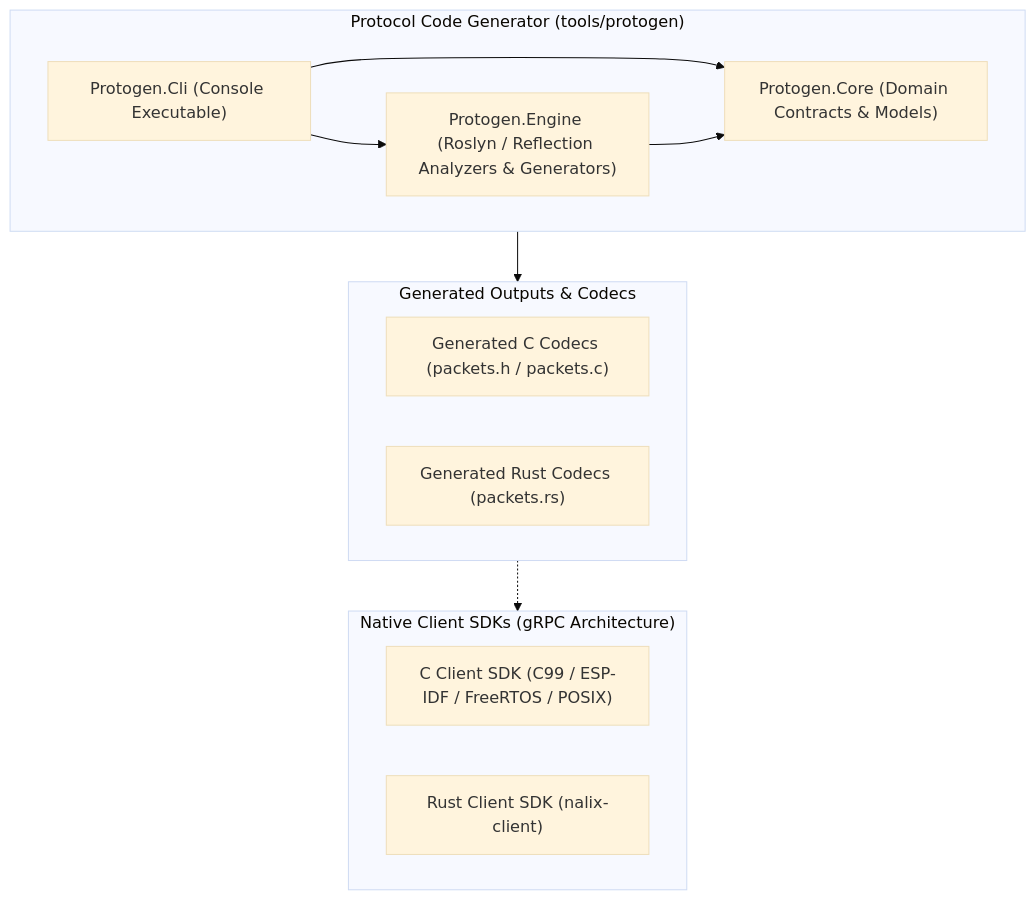
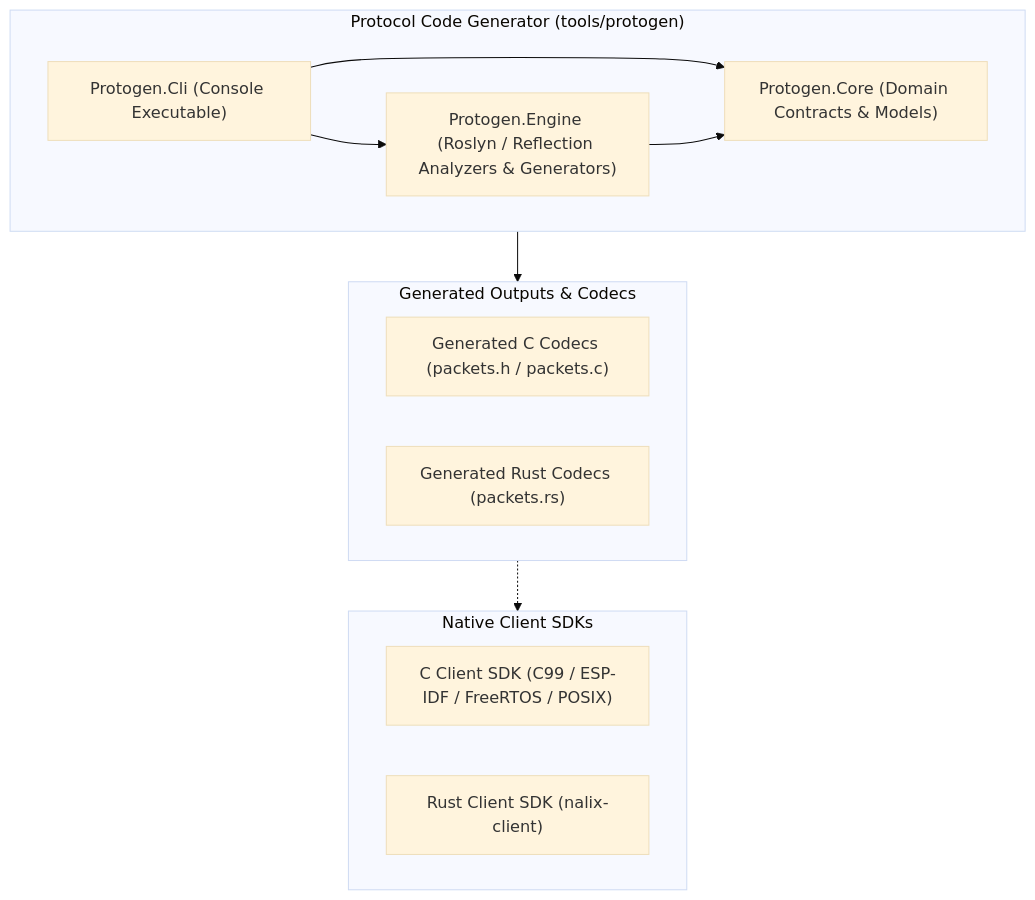
One commit to ppn-systems/nalix-native changed the diagram in docs/ARCHITECTURE.md. Above: the diagram before and after it, drawn with Mermaid (base theme). The commit also changed other lines of this file and 8 other files, not shown here.

Commit message:
docs: remove external framework references and standardize native client branding

````diff
--- a/docs/ARCHITECTURE.md
+++ b/docs/ARCHITECTURE.md
@@ -11,24 +11,24 @@
 ```mermaid
 graph TD
-    subgraph Clients ["Native Client SDKs (gRPC Architecture)"]
+    subgraph Clients ["Native Client SDKs"]
         ClientC["C Client SDK (C99 / ESP-IDF / FreeRTOS / POSIX)"]
         ClientRust["Rust Client SDK (nalix-client)"]
     end
 
     subgraph Tooling ["Protocol Code Generator (tools/protogen)"]
         CLI["Protogen.Cli (Console Executable)"]
         Core["Protogen.Core (Domain Contracts & Models)"]
         Engine["Protogen.Engine (Roslyn / Reflection Analyzers & Generators)"]
         CLI --> Core
         CLI --> Engine
         Engine --> Core
     end
 
     subgraph Outputs ["Generated Outputs & Codecs"]
         CCodecs["Generated C Codecs (packets.h / packets.c)"]
         RustCodecs["Generated Rust Codecs (packets.rs)"]
     end
 
     Tooling --> Outputs
     Outputs -.-> Clients
 ```
````
